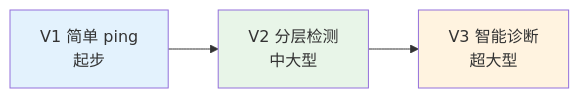
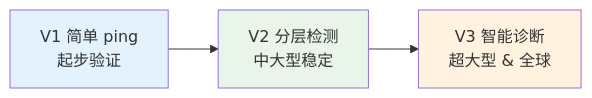
Before and after one commit to chongyang211/YCBookBlog: diagram 12 of 13 in docs/10.真经/05.方案设计思想/13.网络检测方案设计.md, drawn with Mermaid. The commit also changed other lines of this file and 36 other files, not shown here.

````diff
--- a/docs/10.真经/05.方案设计思想/13.网络检测方案设计.md
+++ b/docs/10.真经/05.方案设计思想/13.网络检测方案设计.md
@@ -626,9 +1148,9 @@
 ```mermaid
 flowchart LR
-    V1[V1 简单 ping<br/>起步] --> V2[V2 分层检测<br/>中大型]
-    V2 --> V3[V3 智能诊断<br/>超大型]
+    V1[V1 简单 ping<br/>起步验证] --> V2[V2 分层检测<br/>中大型稳定]
+    V2 --> V3[V3 智能诊断<br/>超大型 & 全球]
     
     style V1 fill:#e3f2fd
     style V2 fill:#e8f5e8
     style V3 fill:#fff3e0
 ```
````
